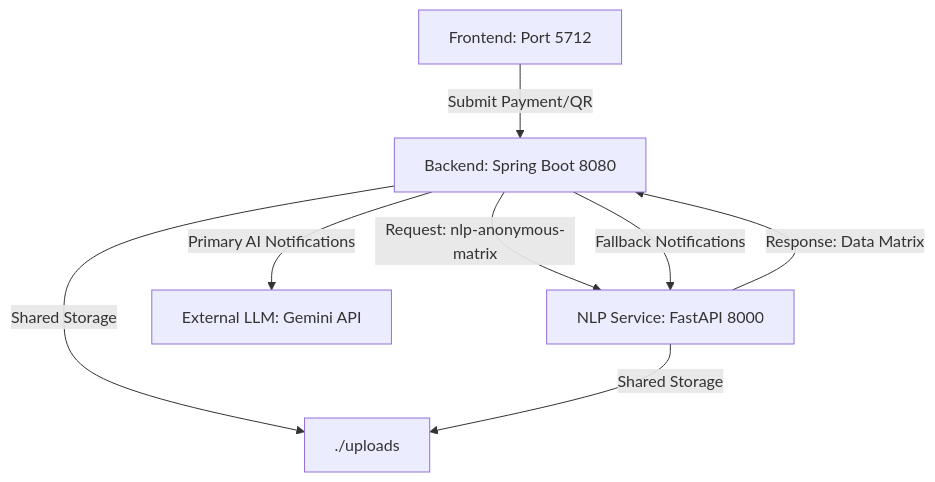
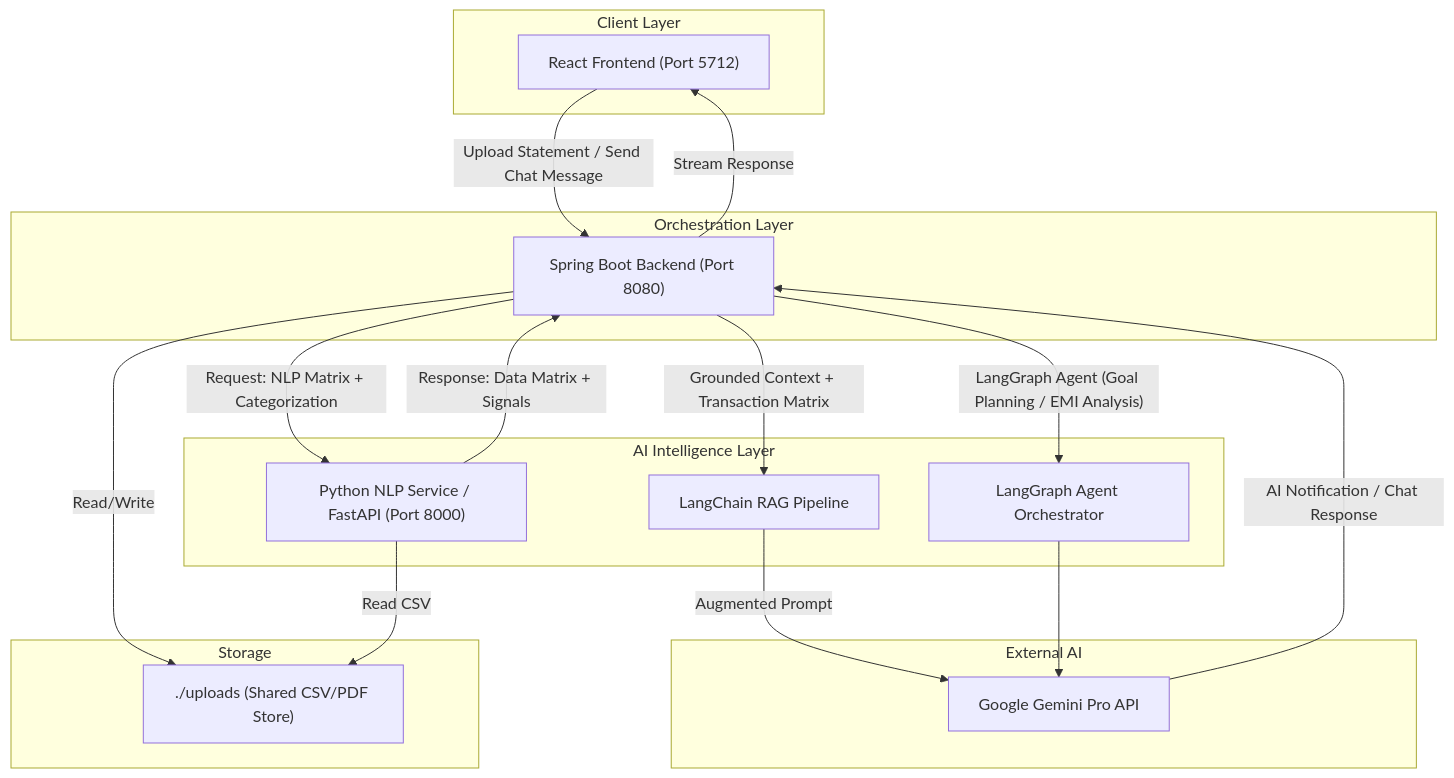
Before and after one commit to Harshstag/bank-insight-coach: the diagram in README.md, drawn with Mermaid. The commit also changed other lines of this file and 9655 other files, not shown here.

Commit message:
chat + RAG v1

````diff
--- a/README.md
+++ b/README.md
@@ -66,10 +93,36 @@
 ```mermaid
 graph TD
-    A[Frontend: Port 5712] -- Submit Payment/QR --> B[Backend: Spring Boot 8080]
-    B -- Request: nlp-anonymous-matrix --> C[NLP Service: FastAPI 8000]
-    C -- Response: Data Matrix --> B
-    B -- Primary AI Notifications --> D[External LLM: Gemini API]
-    B -- Fallback Notifications --> C
-    B -- Shared Storage --> E[./uploads]
-    C -- Shared Storage --> E
+    subgraph "Client Layer"
+        A["React Frontend (Port 5712)"]
+    end
+
+    subgraph "Orchestration Layer"
+        B["Spring Boot Backend (Port 8080)"]
+    end
+
+    subgraph "AI Intelligence Layer"
+        C["Python NLP Service / FastAPI (Port 8000)"]
+        D["LangChain RAG Pipeline"]
+        E["LangGraph Agent Orchestrator"]
+    end
+
+    subgraph "External AI"
+        F["Google Gemini Pro API"]
+    end
+
+    subgraph "Storage"
+        G["./uploads (Shared CSV/PDF Store)"]
+    end
+
+    A -- "Upload Statement / Send Chat Message" --> B
+    B -- "Request: NLP Matrix + Categorization" --> C
+    C -- "Response: Data Matrix + Signals" --> B
+    B -- "Grounded Context + Transaction Matrix" --> D
+    D -- "Augmented Prompt" --> F
+    F -- "AI Notification / Chat Response" --> B
+    B -- "LangGraph Agent (Goal Planning / EMI Analysis)" --> E
+    E --> F
+    B -- "Stream Response" --> A
+    B -- "Read/Write" --> G
+    C -- "Read CSV" --> G
 ```
````
